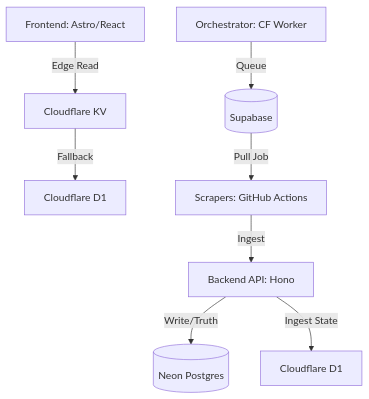
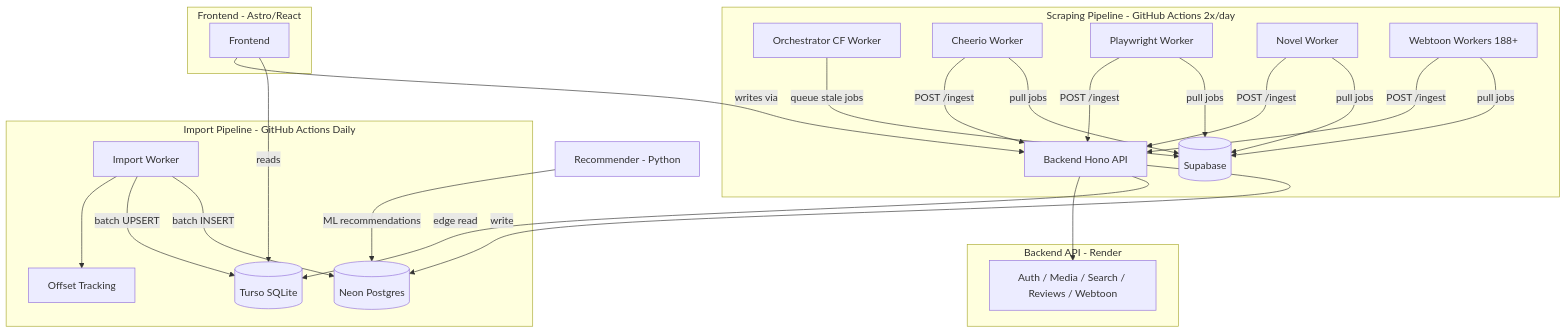
One commit to KOUSSEMONAUREL/Project-WebMedia changed the diagram in README.md. Above: the diagram before and after it, drawn with Mermaid. The commit also changed other lines of this file and 1 other file, not shown here.

````diff
--- a/README.md
+++ b/README.md
@@ -38,12 +35,30 @@
 ```mermaid
 graph TD
-    A[Frontend: Astro/React] -->|Edge Read| B[Cloudflare KV]
-    B -->|Fallback| C[Cloudflare D1]
-    
-    D[Backend API: Hono] -->|Write/Truth| E[(Neon Postgres)]
-    D -->|Ingest State| F[Cloudflare D1]
-    
-    G[Scrapers: GitHub Actions] -->|Ingest| D
-    H[Orchestrator: CF Worker] -->|Queue| I[(Supabase)]
-    I -->|Pull Job| G
+    subgraph Import[Import Pipeline - GitHub Actions Daily]
+        IW[Import Worker] -->|batch INSERT| NEON[(Neon Postgres)]
+        IW -->|batch UPSERT| TURSO[(Turso SQLite)]
+        IW --> OFFSET[Offset Tracking]
+    end
+
+    subgraph Scrape[Scraping Pipeline - GitHub Actions 2x/day]
+        ORC[Orchestrator CF Worker] -->|queue stale jobs| SUPABASE[(Supabase)]
+        CW[Cheerio Worker] -->|pull jobs| SUPABASE
+        PW[Playwright Worker] -->|pull jobs| SUPABASE
+        NW[Novel Worker] -->|pull jobs| SUPABASE
+        WT[Webtoon Workers 188+] -->|pull jobs| SUPABASE
+        CW & PW & NW & WT -->|POST /ingest| BA
+    end
+
+    subgraph API[Backend API - Render]
+        BA[Backend Hono API] -->|write| NEON
+        BA -->|edge read| TURSO
+        BA --> Routes[Auth / Media / Search / Reviews / Webtoon]
+    end
+
+    subgraph FE[Frontend - Astro/React]
+        FB[Frontend] -->|reads| TURSO
+        FB -->|writes via| BA
+    end
+
+    REC[Recommender - Python] -->|ML recommendations| NEON
 ```
````
